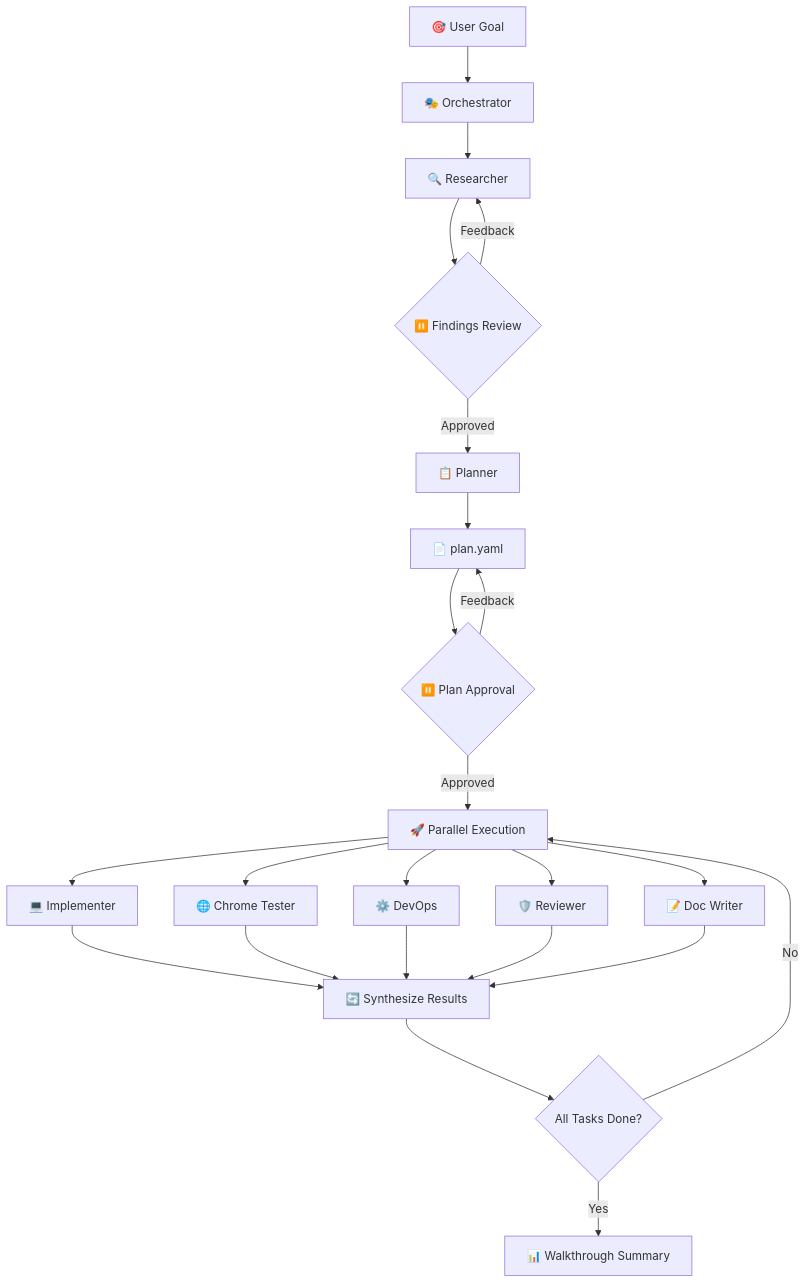
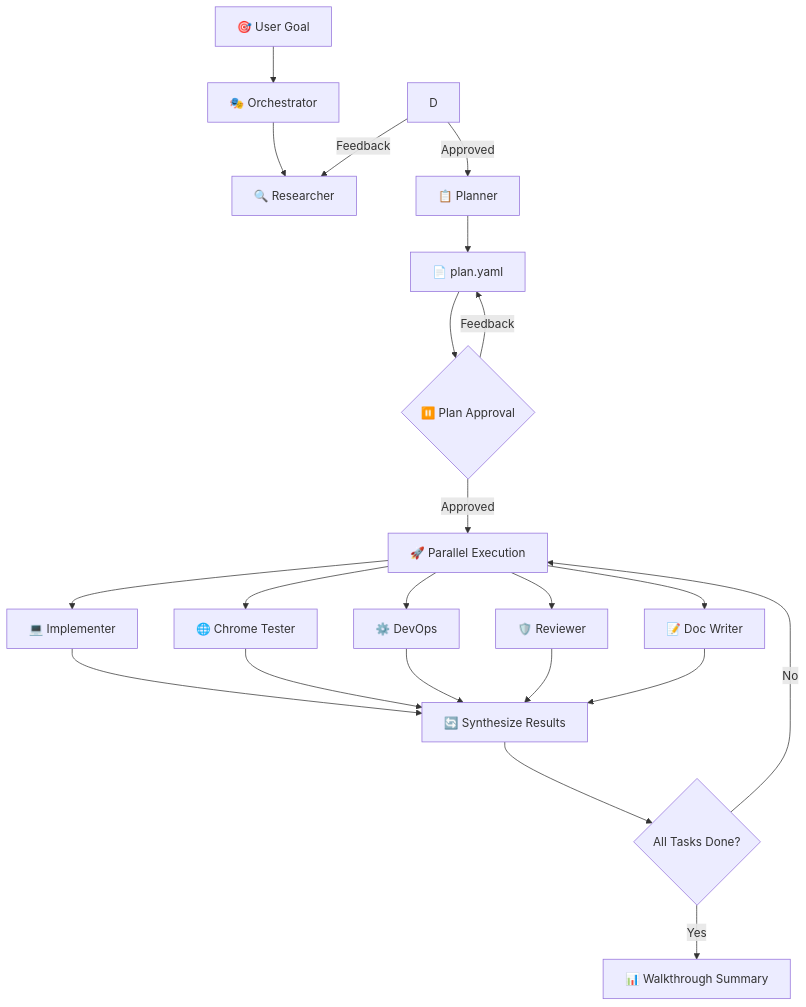
One commit to mubaidr/gem-team changed the diagram in README.md. Above: the diagram before and after it, drawn with Mermaid. The commit also changed other lines of this file and 2 other files, not shown here.

First line of the commit message:
docs: simplify workflow by removing findings review stage

````diff
--- a/README.md
+++ b/README.md
@@ -102,21 +102,20 @@
 ```mermaid
 flowchart TD
     A[🎯 User Goal] --> B[🎭 Orchestrator]
     B --> C[🔍 Researcher]
-    C --> D{⏸️ Findings Review}
     D -->|Feedback| C
     D -->|Approved| E[📋 Planner]
     E --> F[📄 plan.yaml]
     F --> G{⏸️ Plan Approval}
     G -->|Feedback| F
     G -->|Approved| H[🚀 Parallel Execution]
     H --> I[💻 Implementer]
     H --> J[🌐 Chrome Tester]
     H --> K[⚙️ DevOps]
     H --> L[🛡️ Reviewer]
     H --> M[📝 Doc Writer]
     I & J & K & L & M --> N[🔄 Synthesize Results]
     N --> O{All Tasks Done?}
     O -->|No| H
     O -->|Yes| P[📊 Walkthrough Summary]
 ```
````
